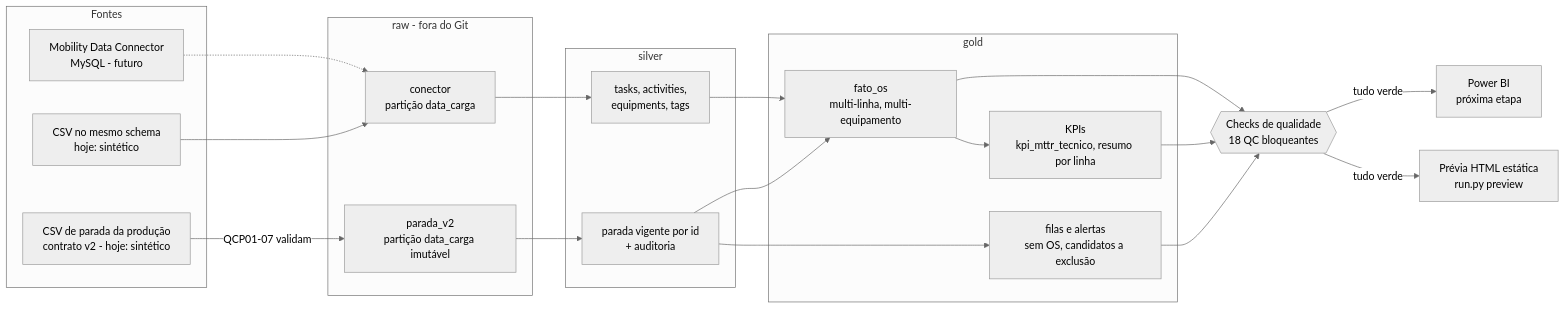
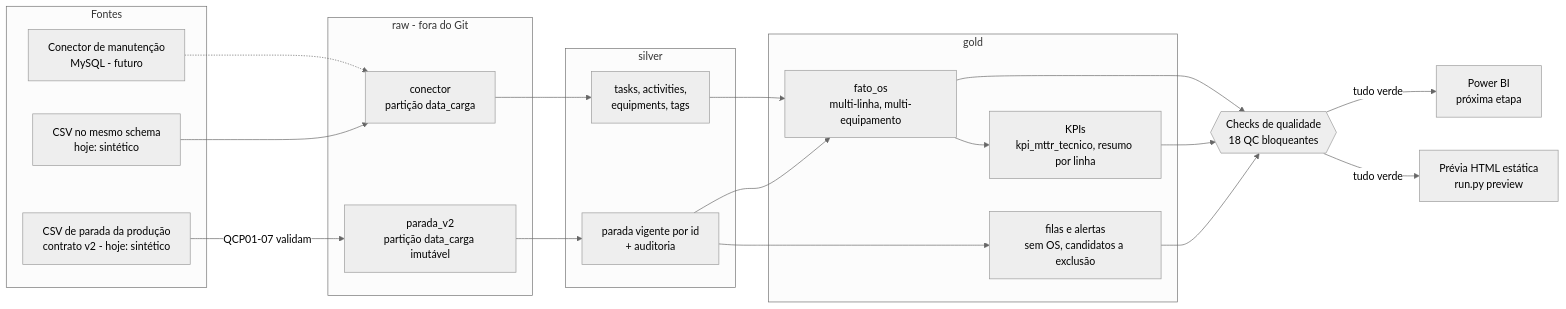
One commit to DenisPaulo/IGMI---Inteligencia-de-Gestao-da-Manutencao-Industrial changed the diagram in docs/img/fluxo.mmd. Above: the diagram before and after it, drawn with Mermaid (neutral theme). The commit also changed 26 other files, not shown here.

```diff
--- a/docs/img/fluxo.mmd
+++ b/docs/img/fluxo.mmd
@@ -1,41 +1,41 @@
 flowchart LR
     subgraph FONTES["Fontes"]
-        MC["Mobility Data Connector<br/>MySQL - futuro"]
+        MC["Conector de manutenção<br/>MySQL - futuro"]
         CSV["CSV no mesmo schema<br/>hoje: sintético"]
         PAR["CSV de parada da produção<br/>contrato v2 - hoje: sintético"]
     end
 
     subgraph RAW["raw - fora do Git"]
         RC["conector<br/>partição data_carga"]
         RP["parada_v2<br/>partição data_carga imutável"]
     end
 
     subgraph SILVER["silver"]
         ST["tasks, activities,<br/>equipments, tags"]
         SP["parada vigente por id<br/>+ auditoria"]
     end
 
     subgraph GOLD["gold"]
         FO["fato_os<br/>multi-linha, multi-equipamento"]
         KPI["KPIs<br/>kpi_mttr_tecnico, resumo por linha"]
         FILAS["filas e alertas<br/>sem OS, candidatos a exclusão"]
     end
 
     QC{{"Checks de qualidade<br/>18 QC bloqueantes"}}
     PBI["Power BI<br/>próxima etapa"]
     PREV["Prévia HTML estática<br/>run.py preview"]
 
     MC -.-> RC
     CSV --> RC
     PAR -->|QCP01-07 validam| RP
     RC --> ST
     RP --> SP
     ST --> FO
     SP --> FO
     SP --> FILAS
     FO --> KPI
     FO --> QC
     KPI --> QC
     FILAS --> QC
     QC -->|tudo verde| PBI
     QC -->|tudo verde| PREV
```
